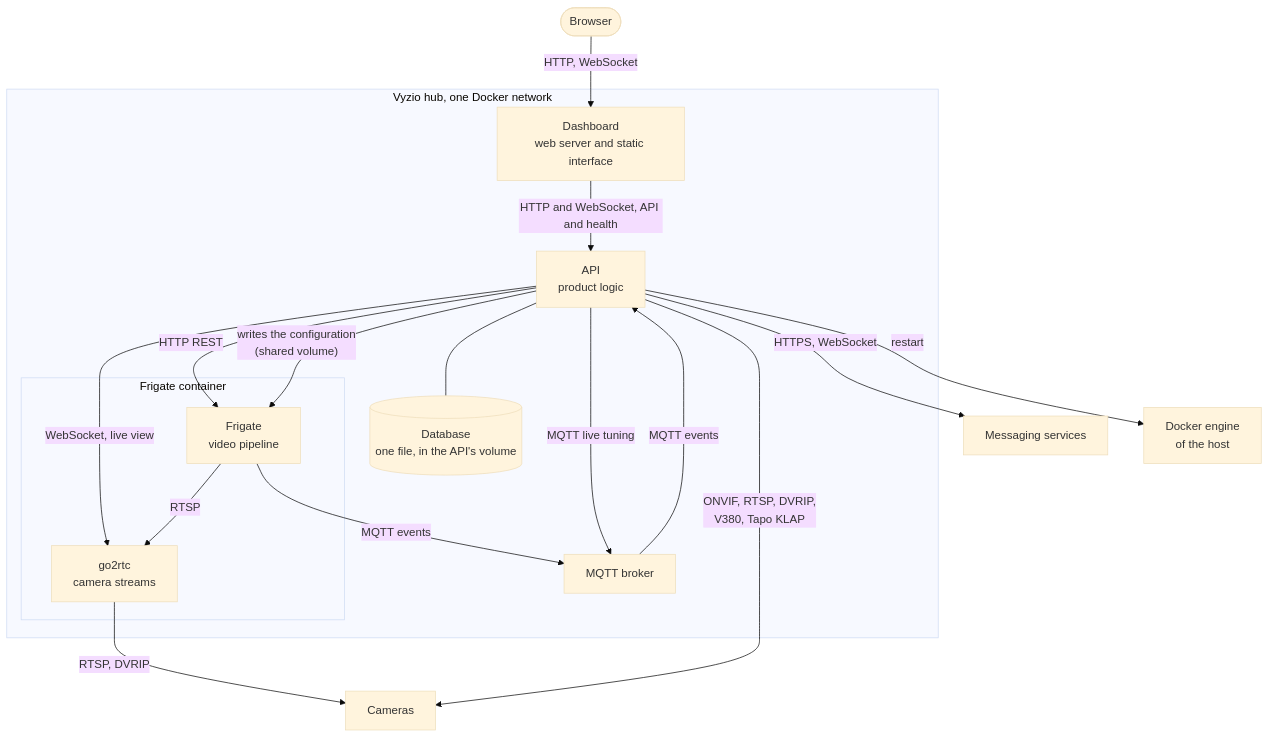
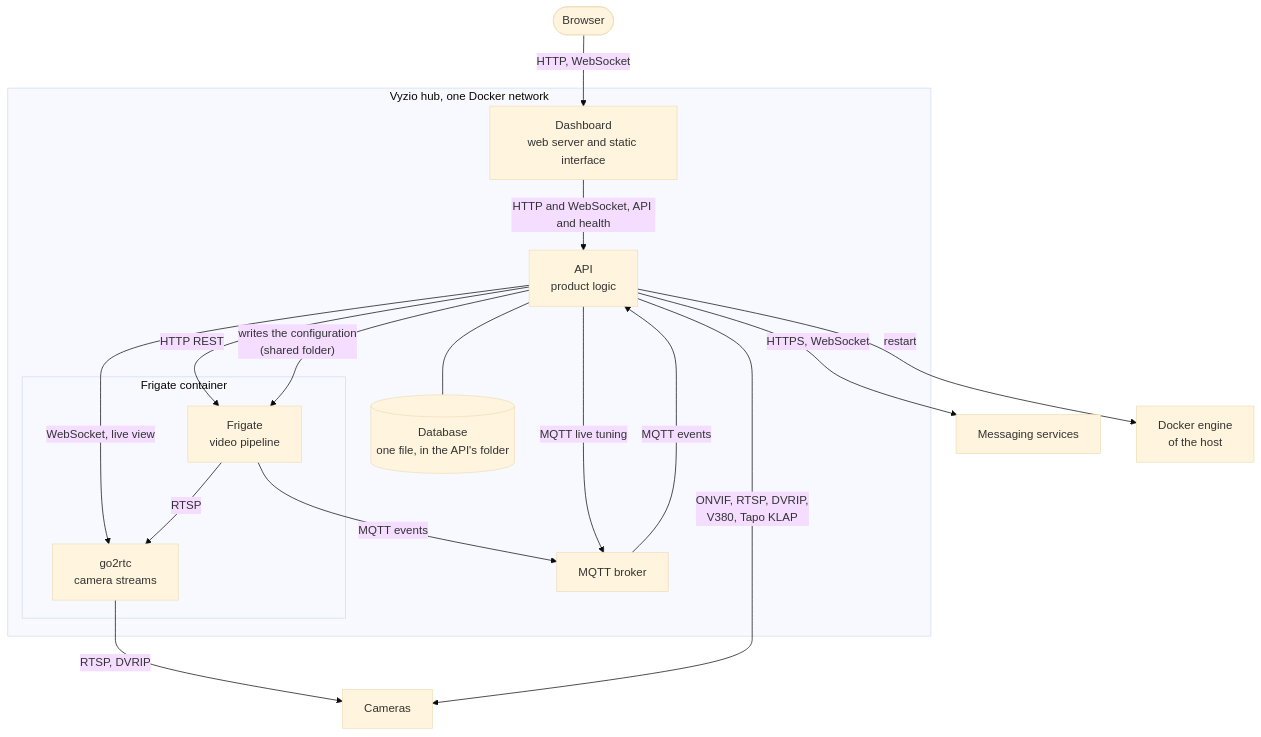
Before and after one commit to KelianS/vyzio: the second of 6 diagrams in docs/SAD.md, drawn with Mermaid (base theme). The commit also changed other lines of this file and 15 other files, not shown here.

````diff
--- a/docs/SAD.md
+++ b/docs/SAD.md
@@ -54,32 +54,32 @@
 ```mermaid
 flowchart TB
     browser(["Browser"])
     subgraph hub["Vyzio hub, one Docker network"]
         dash["Dashboard<br/>web server and static interface"]
         api["API<br/>product logic"]
-        db[("Database<br/>one file, in the API's volume")]
+        db[("Database<br/>one file, in the API's folder")]
         mqtt["MQTT broker"]
         subgraph frig["Frigate container"]
             frigate["Frigate<br/>video pipeline"]
             go2rtc["go2rtc<br/>camera streams"]
         end
     end
     cams["Cameras"]
     chan["Messaging services"]
     docker["Docker engine<br/>of the host"]
 
     browser -- "HTTP, WebSocket" --> dash
     dash -- "HTTP and WebSocket, API and health" --> api
     api --- db
     api -- "HTTP REST" --> frigate
     api -- "WebSocket, live view" --> go2rtc
     frigate -- "MQTT events" --> mqtt
     mqtt -- "MQTT events" --> api
     api -- "MQTT live tuning" --> mqtt
-    api -- "writes the configuration<br/>(shared volume)" --> frigate
+    api -- "writes the configuration<br/>(shared folder)" --> frigate
     api -- "restart" --> docker
     frigate -- RTSP --> go2rtc
     go2rtc -- "RTSP, DVRIP" --> cams
     api -- "ONVIF, RTSP, DVRIP,<br/>V380, Tapo KLAP" --> cams
     api -- "HTTPS, WebSocket" --> chan
 ```
````
